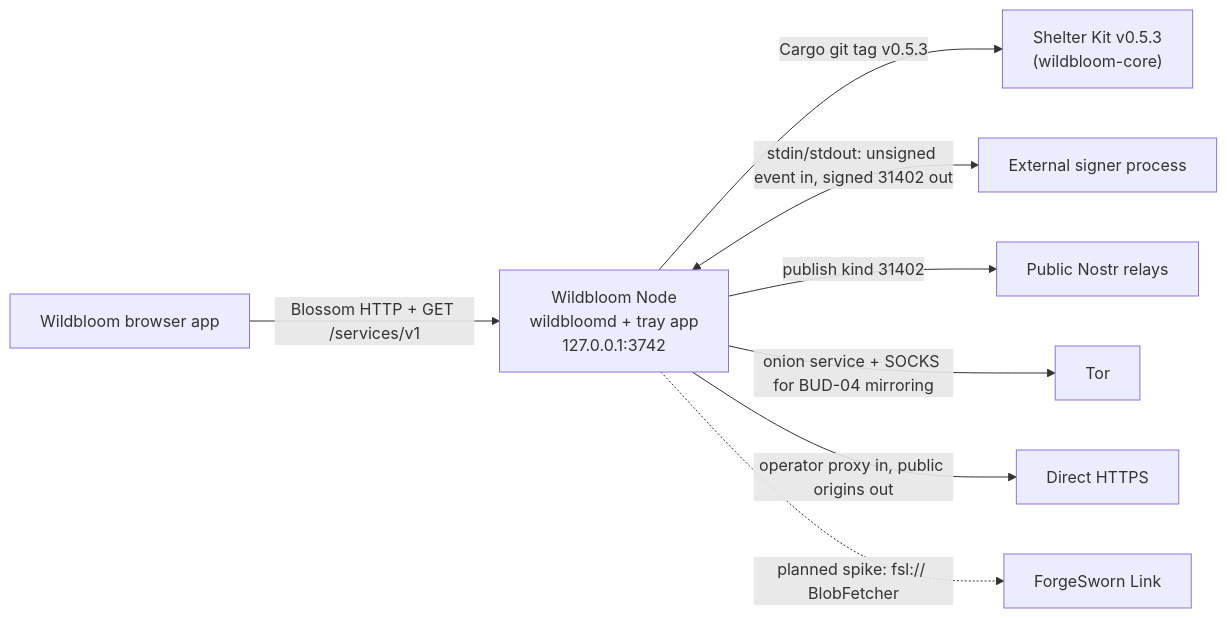
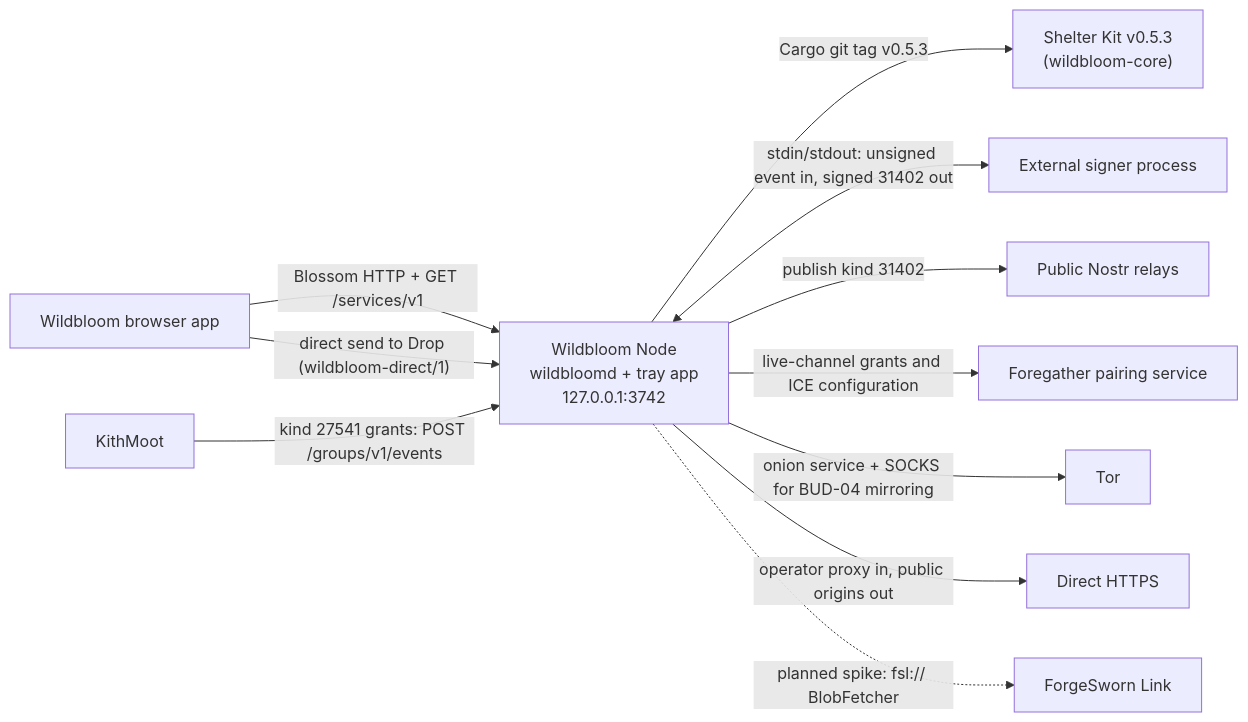
Before and after one commit to forgesworn/wildbloom-node: the diagram in docs/ECOSYSTEM.md, drawn with Mermaid. The commit also changed other lines of this file, not shown here.

Commit message:
docs: add Foregather and KithMoot to the Wildbloom Node ecosystem page

````diff
--- a/docs/ECOSYSTEM.md
+++ b/docs/ECOSYSTEM.md
@@ -5,19 +5,24 @@
 ```mermaid
 flowchart LR
   app["Wildbloom browser app"]
   node["Wildbloom Node<br/>wildbloomd + tray app<br/>127.0.0.1:3742"]
   sk["Shelter Kit v0.5.3<br/>(wildbloom-core)"]
   signer["External signer process"]
+  pair["Foregather pairing service"]
+  kith["KithMoot"]
   relays["Public Nostr relays"]
   tor["Tor"]
   https["Direct HTTPS"]
   link["ForgeSworn Link"]
 
   app -->|"Blossom HTTP + GET /services/v1"| node
+  app -->|"direct send to Drop (wildbloom-direct/1)"| node
+  kith -->|"kind 27541 grants: POST /groups/v1/events"| node
   node -->|"Cargo git tag v0.5.3"| sk
   node <-->|"stdin/stdout: unsigned event in, signed 31402 out"| signer
   node -->|"publish kind 31402"| relays
+  node -->|"live-channel grants and ICE configuration"| pair
   node -->|"onion service + SOCKS for BUD-04 mirroring"| tor
   node -->|"operator proxy in, public origins out"| https
   node -.->|"planned spike: fsl:// BlobFetcher"| link
 ```
````
